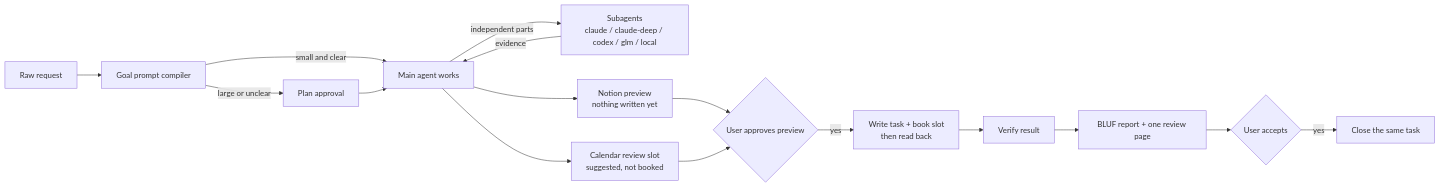
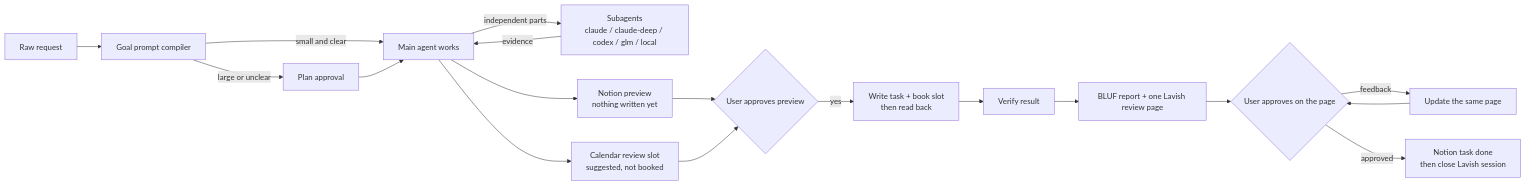
One commit to leonphull/hermes-goal-setup changed the diagram in README.md. Above: the diagram before and after it, drawn with Mermaid. The commit also changed other lines of this file and 8 other files, not shown here.

Commit message:
Add Lavish review pages and feedback loop

````diff
--- a/README.md
+++ b/README.md
@@ -19,18 +20,20 @@
 ```mermaid
 flowchart LR
     A[Raw request] --> B[Goal prompt compiler]
     B -->|small and clear| D[Main agent works]
     B -->|large or unclear| C[Plan approval]
     C --> D
     D -->|independent parts| E[Subagents<br/>claude / claude-deep / codex / glm / local]
     E -->|evidence| D
     D --> F[Notion preview<br/>nothing written yet]
     D --> G[Calendar review slot<br/>suggested, not booked]
     F --> H{User approves preview}
     G --> H
     H -->|yes| I[Write task + book slot<br/>then read back]
     I --> J[Verify result]
-    J --> K[BLUF report + one review page]
-    K --> L{User accepts}
-    L -->|yes| M[Close the same task]
+    J --> K[BLUF report + one Lavish review page]
+    K --> L{User approves on the page}
+    L -->|feedback| N[Update the same page]
+    N --> L
+    L -->|approved| M[Notion task done<br/>then close Lavish session]
 ```
````
